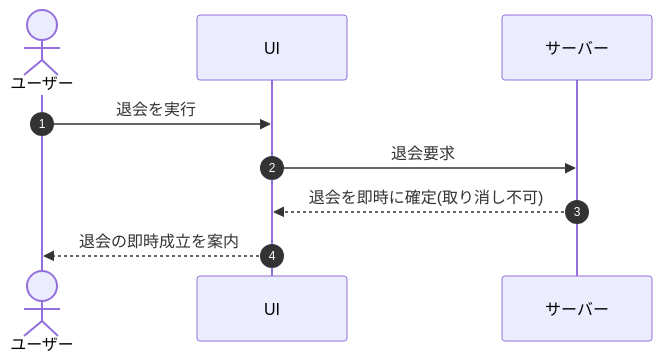
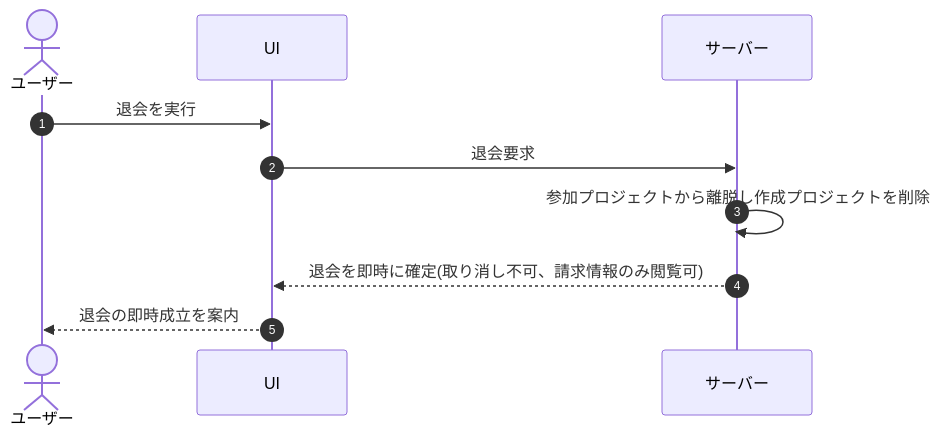
The ninth of 60 diagrams in 01_requirements/02_functional_requirement/01_account-fr.md (sikakou54/open-faq), drawn with Mermaid before and after one commit. The commit also changed other lines of this file and 294 other files, not shown here.

````diff
--- a/01_requirements/02_functional_requirement/01_account-fr.md
+++ b/01_requirements/02_functional_requirement/01_account-fr.md
@@ -262,11 +262,12 @@
 ```mermaid
 sequenceDiagram
   autonumber
   actor U as ユーザー
   participant UI as UI
   participant S as サーバー
   U->>UI: 退会を実行
   UI->>S: 退会要求
-  S-->>UI: 退会を即時に確定(取り消し不可)
+  S->>S: 参加プロジェクトから離脱し作成プロジェクトを削除
+  S-->>UI: 退会を即時に確定(取り消し不可、請求情報のみ閲覧可)
   UI-->>U: 退会の即時成立を案内
 ```
````
